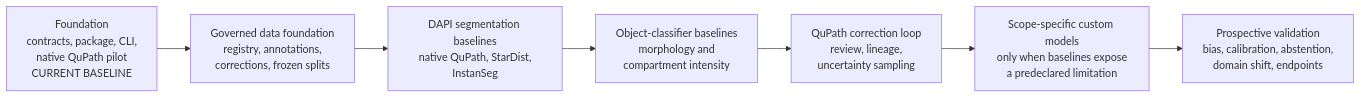
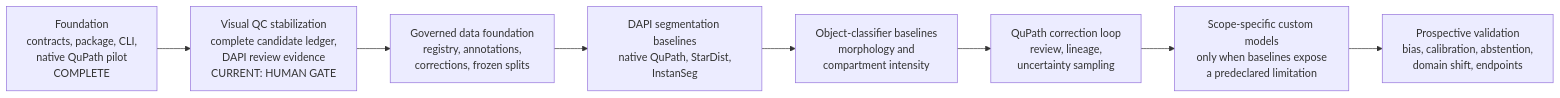
The second of 2 diagrams in README.md (xorca0711/IFQuant-Platform), drawn with Mermaid before and after one commit. The commit also changed other lines of this file and 4 other files, not shown here.

Commit message:
Record Phase 1 QC evidence and human gate

````diff
--- a/README.md
+++ b/README.md
@@ -166,12 +166,13 @@
 ```mermaid
 flowchart LR
-    M0["Foundation<br/>contracts, package, CLI,<br/>native QuPath pilot<br/>CURRENT BASELINE"]
+    M0["Foundation<br/>contracts, package, CLI,<br/>native QuPath pilot<br/>COMPLETE"]
+    Q1["Visual QC stabilization<br/>complete candidate ledger,<br/>DAPI review evidence<br/>CURRENT: HUMAN GATE"]
     M1["Governed data foundation<br/>registry, annotations,<br/>corrections, frozen splits"]
     M2["DAPI segmentation baselines<br/>native QuPath, StarDist,<br/>InstanSeg"]
     M3["Object-classifier baselines<br/>morphology and<br/>compartment intensity"]
     M4["QuPath correction loop<br/>review, lineage,<br/>uncertainty sampling"]
     M5["Scope-specific custom models<br/>only when baselines expose<br/>a predeclared limitation"]
     M6["Prospective validation<br/>bias, calibration, abstention,<br/>domain shift, endpoints"]
 
-    M0 --> M1 --> M2 --> M3 --> M4 --> M5 --> M6
+    M0 --> Q1 --> M1 --> M2 --> M3 --> M4 --> M5 --> M6
 ```
````
